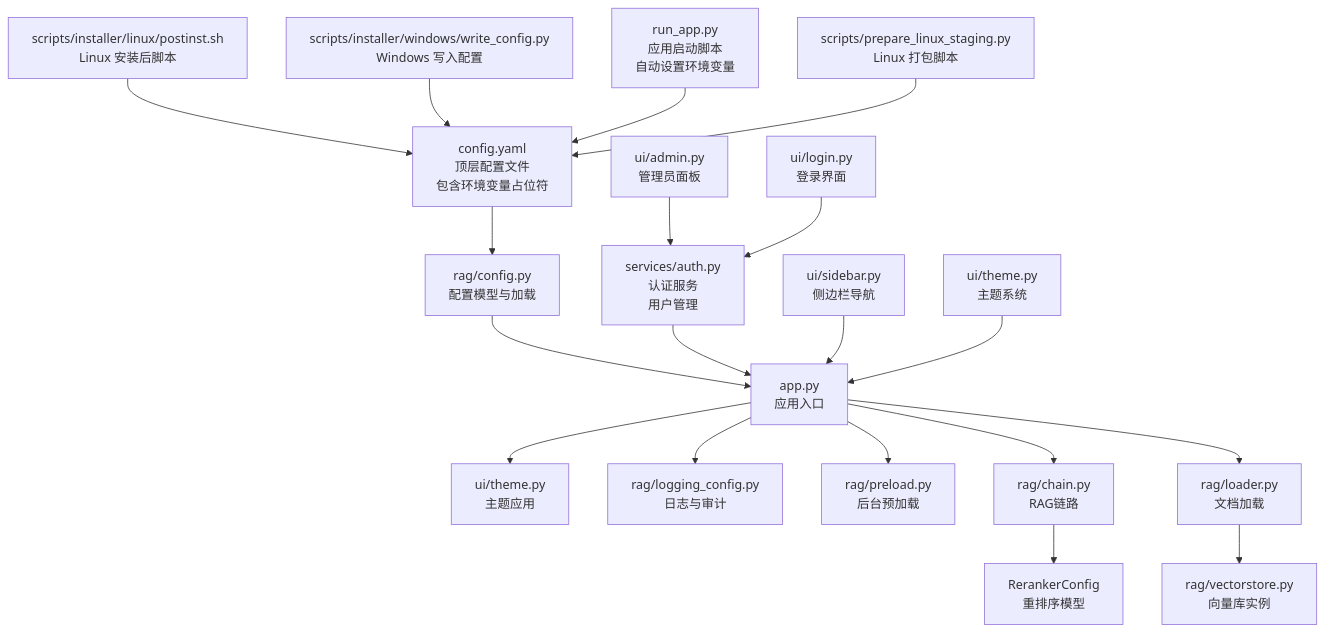
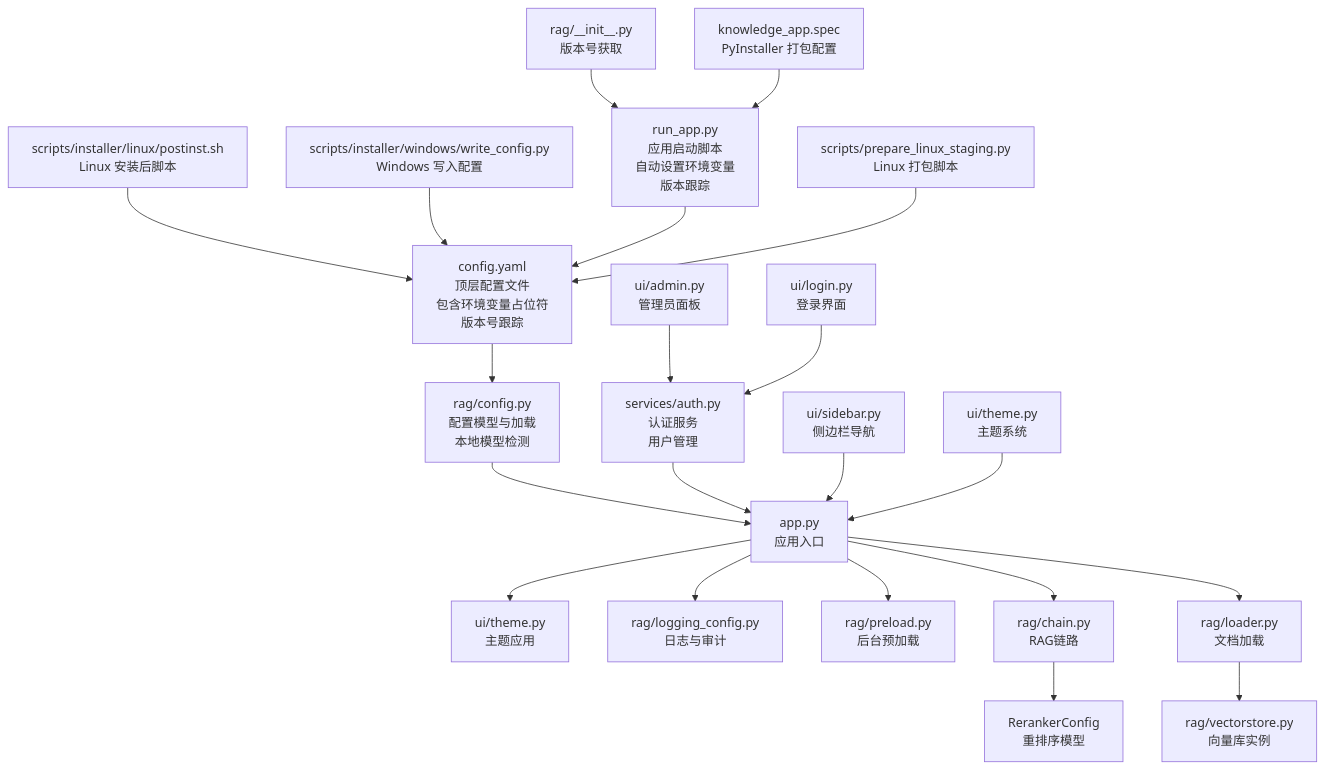
Before and after one commit to joyafa/knowledge: the first of 8 diagrams in .qoder/repowiki/zh/content/RAG核心引擎/配置管理系统.md, drawn with Mermaid. The commit also changed other lines of this file and 18 other files, not shown here.

````diff
--- a/.qoder/repowiki/zh/content/RAG核心引擎/配置管理系统.md
+++ b/.qoder/repowiki/zh/content/RAG核心引擎/配置管理系统.md
@@ -74,21 +82,23 @@
 ```mermaid
 graph TB
-cfg["config.yaml<br/>顶层配置文件<br/>包含环境变量占位符"] --> cm["rag/config.py<br/>配置模型与加载"]
+cfg["config.yaml<br/>顶层配置文件<br/>包含环境变量占位符<br/>版本号跟踪"] --> cm["rag/config.py<br/>配置模型与加载<br/>本地模型检测"]
 cm --> app["app.py<br/>应用入口"]
 app --> ui["ui/theme.py<br/>主题应用"]
 app --> log["rag/logging_config.py<br/>日志与审计"]
 app --> preload["rag/preload.py<br/>后台预加载"]
 app --> chain["rag/chain.py<br/>RAG链路"]
 app --> loader["rag/loader.py<br/>文档加载"]
 chain --> reranker["RerankerConfig<br/>重排序模型"]
 loader --> vs["rag/vectorstore.py<br/>向量库实例"]
 auth["services/auth.py<br/>认证服务<br/>用户管理"] --> app
 admin["ui/admin.py<br/>管理员面板"] --> auth
 login["ui/login.py<br/>登录界面"] --> auth
 sidebar["ui/sidebar.py<br/>侧边栏导航"] --> app
 theme["ui/theme.py<br/>主题系统"] --> app
 inst_lnx["scripts/installer/linux/postinst.sh<br/>Linux 安装后脚本"] --> cfg
 inst_win["scripts/installer/windows/write_config.py<br/>Windows 写入配置"] --> cfg
-run_app["run_app.py<br/>应用启动脚本<br/>自动设置环境变量"] --> cfg
+run_app["run_app.py<br/>应用启动脚本<br/>自动设置环境变量<br/>版本跟踪"] --> cfg
 staging["scripts/prepare_linux_staging.py<br/>Linux 打包脚本"] --> cfg
+version["rag/__init__.py<br/>版本号获取"] --> run_app
+pack["knowledge_app.spec<br/>PyInstaller 打包配置"] --> run_app
 ```
````
